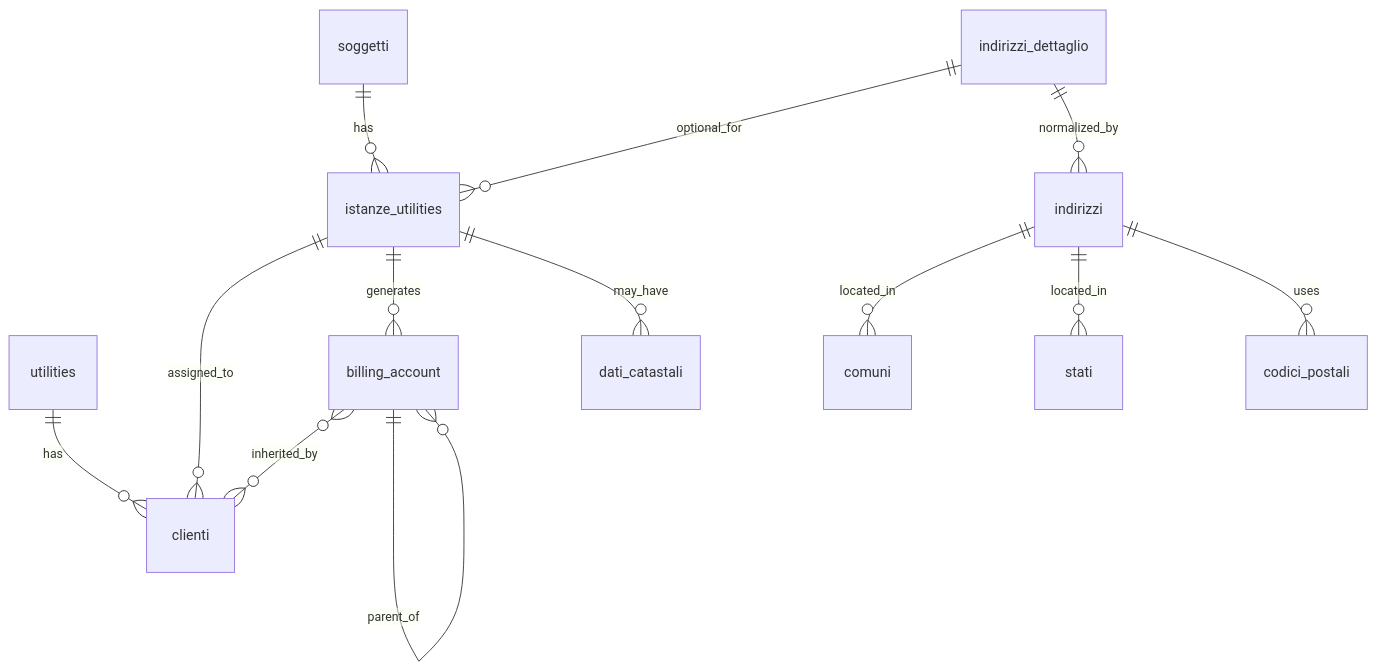
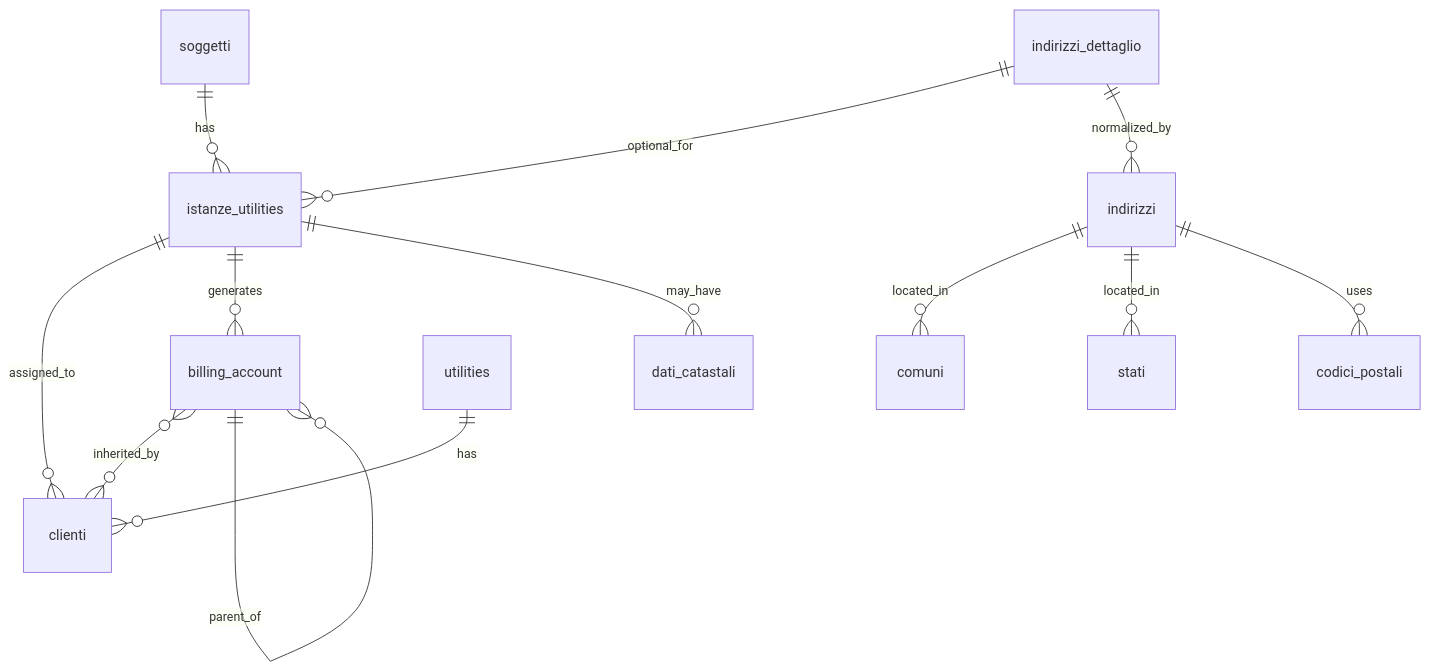
One commit to Tito-it/ZeroErp changed the first of 2 diagrams in docs/it/guide/generazione-cliente.md. Above: the diagram before and after it, drawn with Mermaid. The commit also changed 26 other files, not shown here.

````diff
--- a/docs/it/guide/generazione-cliente.md
+++ b/docs/it/guide/generazione-cliente.md
@@ -120,24 +120,26 @@
 ```mermaid
 %%{init: {'er': {'layoutDirection': 'TB'}}}%%
 erDiagram
 
 %% Relazioni principali per la generazione di un cliente
     
     soggetti               ||--o{ istanze_utilities         : has
-    utilities              ||--o{ clienti                   : has
+    
     istanze_utilities      ||--o{ clienti                   : assigned_to
     istanze_utilities      ||--o{ billing_account           : generates
     istanze_utilities      ||--o{ dati_catastali            : may_have
+
+    utilities              ||--o{ clienti                   : has
 
     billing_account        }o--o{ clienti                   : inherited_by
     billing_account        ||--o{ billing_account           : parent_of
 
     indirizzi              ||--o{ comuni                    : located_in
     indirizzi              ||--o{ stati                     : located_in
     indirizzi              ||--o{ codici_postali            : uses
     indirizzi_dettaglio    ||--o{ istanze_utilities         : optional_for
     indirizzi_dettaglio    ||--o{ indirizzi                 : normalized_by
 
     
 
 ```
````
